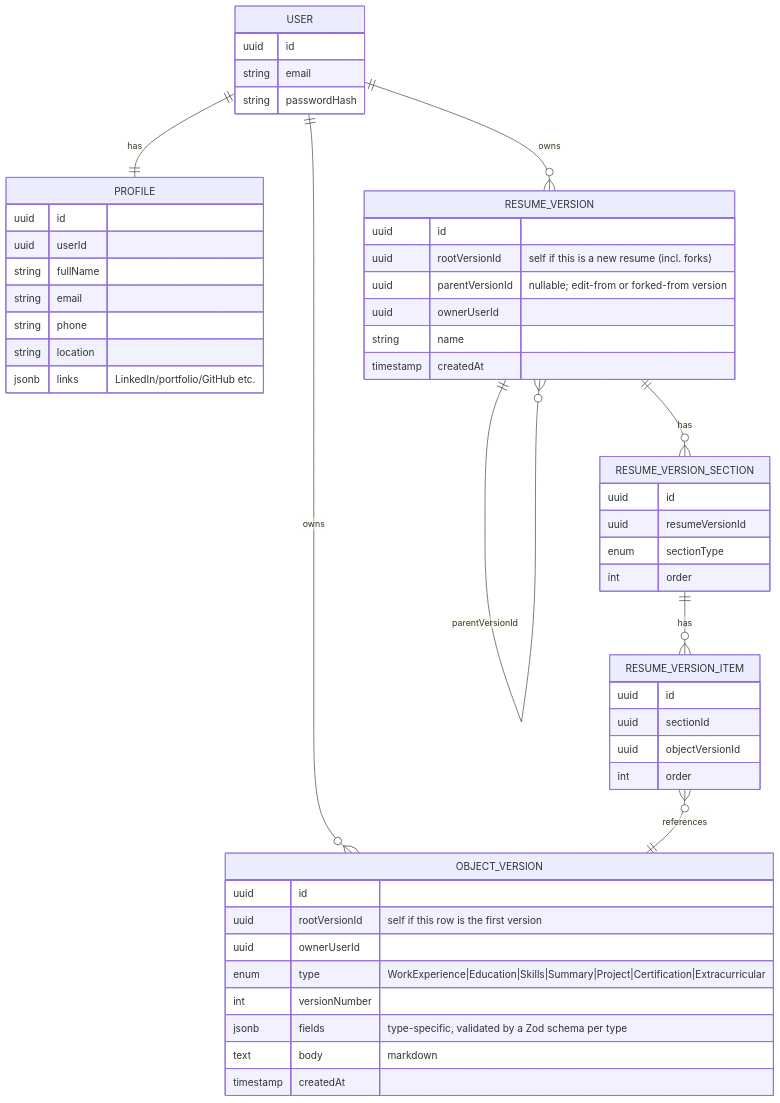
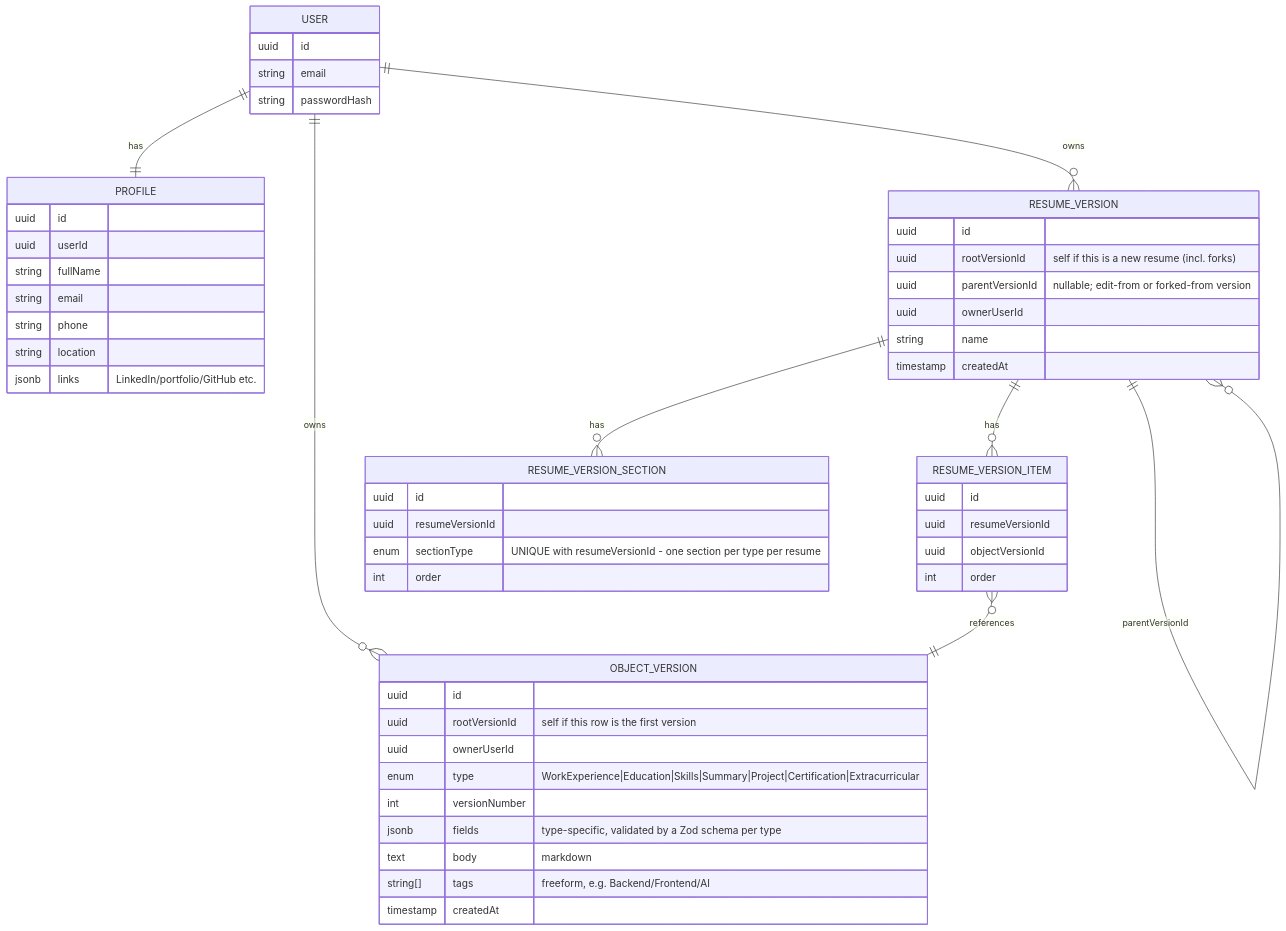
One commit to NiceKim/career-profile changed the second of 5 diagrams in docs/superpowers/specs/2026-08-16-resume-version-control-design.md. Above: the diagram before and after it, drawn with Mermaid. The commit also changed other lines of this file and 2 other files, not shown here.

````diff
--- a/docs/superpowers/specs/2026-08-16-resume-version-control-design.md
+++ b/docs/superpowers/specs/2026-08-16-resume-version-control-design.md
@@ -48,55 +48,56 @@
 ```mermaid
 erDiagram
     USER ||--|| PROFILE : has
     USER ||--o{ OBJECT_VERSION : owns
     USER ||--o{ RESUME_VERSION : owns
     RESUME_VERSION ||--o{ RESUME_VERSION_SECTION : has
-    RESUME_VERSION_SECTION ||--o{ RESUME_VERSION_ITEM : has
+    RESUME_VERSION ||--o{ RESUME_VERSION_ITEM : has
     RESUME_VERSION_ITEM }o--|| OBJECT_VERSION : references
     RESUME_VERSION ||--o{ RESUME_VERSION : parentVersionId
 
     USER {
         uuid id
         string email
         string passwordHash
     }
     PROFILE {
         uuid id
         uuid userId
         string fullName
         string email
         string phone
         string location
         jsonb links "LinkedIn/portfolio/GitHub etc."
     }
     OBJECT_VERSION {
         uuid id
         uuid rootVersionId "self if this row is the first version"
         uuid ownerUserId
         enum type "WorkExperience|Education|Skills|Summary|Project|Certification|Extracurricular"
         int versionNumber
         jsonb fields "type-specific, validated by a Zod schema per type"
         text body "markdown"
+        string[] tags "freeform, e.g. Backend/Frontend/AI"
         timestamp createdAt
     }
     RESUME_VERSION {
         uuid id
         uuid rootVersionId "self if this is a new resume (incl. forks)"
         uuid parentVersionId "nullable; edit-from or forked-from version"
         uuid ownerUserId
         string name
         timestamp createdAt
     }
     RESUME_VERSION_SECTION {
         uuid id
         uuid resumeVersionId
-        enum sectionType
+        enum sectionType "UNIQUE with resumeVersionId - one section per type per resume"
         int order
     }
     RESUME_VERSION_ITEM {
         uuid id
-        uuid sectionId
+        uuid resumeVersionId
         uuid objectVersionId
         int order
     }
 ```
````
